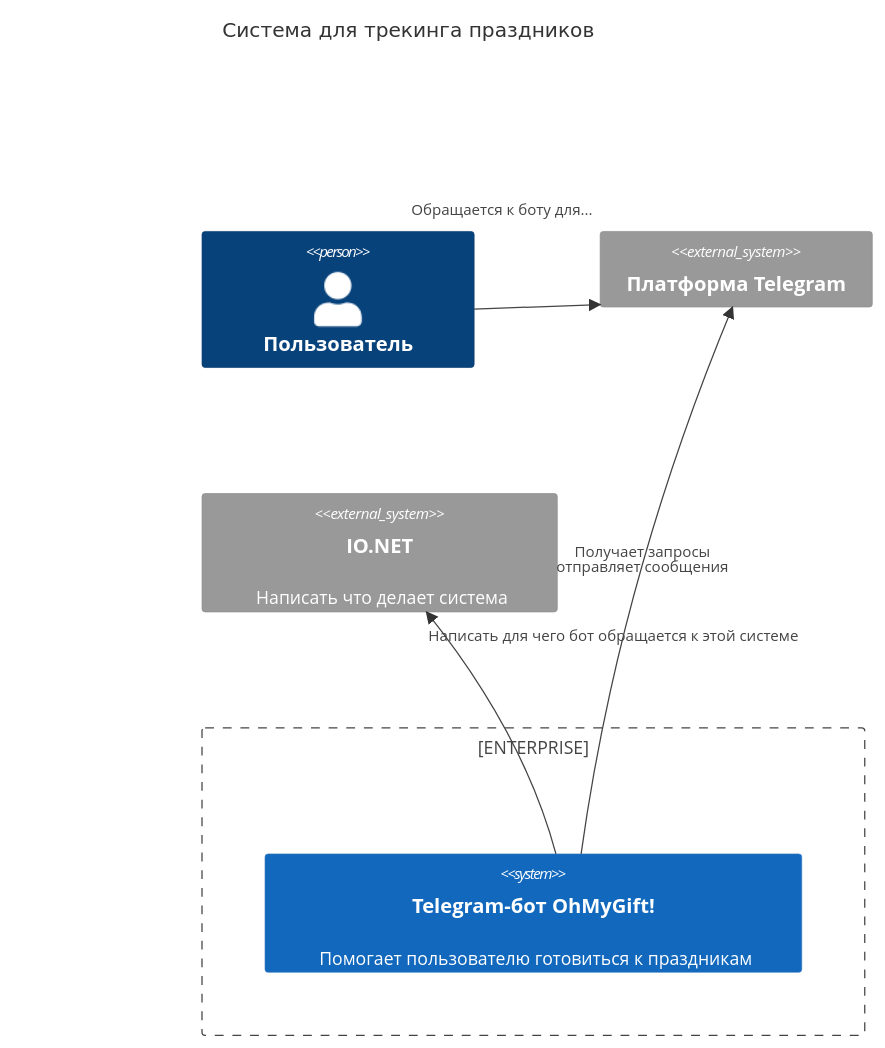
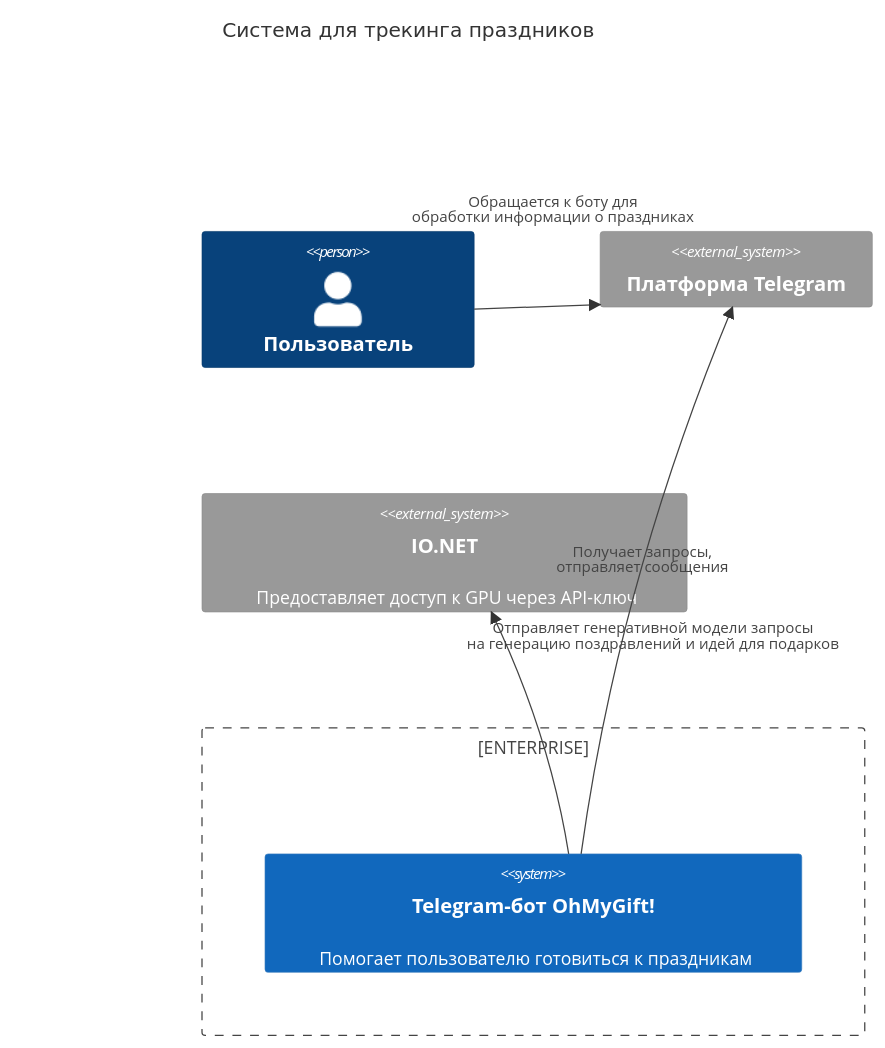
The diagram in docs/c4/context.md (hse-perm-sandbox/oh-my-gift-bot), drawn with Mermaid before and after one commit. The commit also changed other lines of this file and 1 other file, not shown here.

Commit message:
Обновление диаграммы контекста и gitignore

````diff
--- a/docs/c4/context.md
+++ b/docs/c4/context.md
@@ -4,20 +4,20 @@
 ```mermaid
 C4Context
     title Система для трекинга праздников
 
     Enterprise_Boundary(ent, "") {
         System(bot, "Telegram-бот OhMyGift!", "#160;Помогает пользователю готовиться к праздникам")
     }
 
     Person(user, "Пользователь")
     System_Ext(Telegram, "Платформа Telegram")
-    System_Ext(AiApi, "IO.NET", "#160;Написать что делает система")
+    System_Ext(AiApi, "IO.NET", "#160;Предоставляет доступ к GPU через API-ключ")
     
-    Rel(user, Telegram, "Обращается к боту для...")
-    Rel(bot, AiApi, "Написать для чего бот обращается к этой системе")
-    Rel(bot, Telegram, "Получает запросы<br>отправляет сообщения")
+    Rel(user, Telegram, "Обращается к боту для <br> обработки информации о праздниках")
+    Rel(bot, AiApi, "Отправляет генеративной модели запросы <br> на генерацию поздравлений и идей для подарков")
+    Rel(bot, Telegram, "Получает запросы, <br> отправляет сообщения")
 
     UpdateRelStyle(user, Telegram, $offsetY="-80", $offsetX="-100")
     UpdateRelStyle(bot, AiApi, $offsetY="-80", $offsetX="-50")
     UpdateRelStyle(bot, Telegram, , $offsetY="-20", $offsetX="-80")
 ```
````
